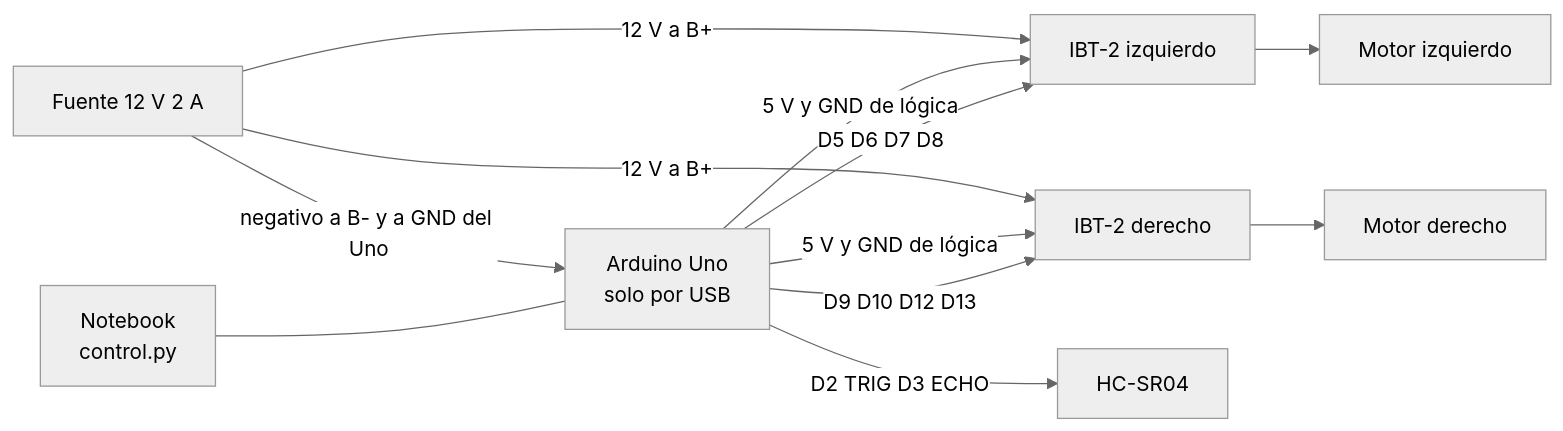
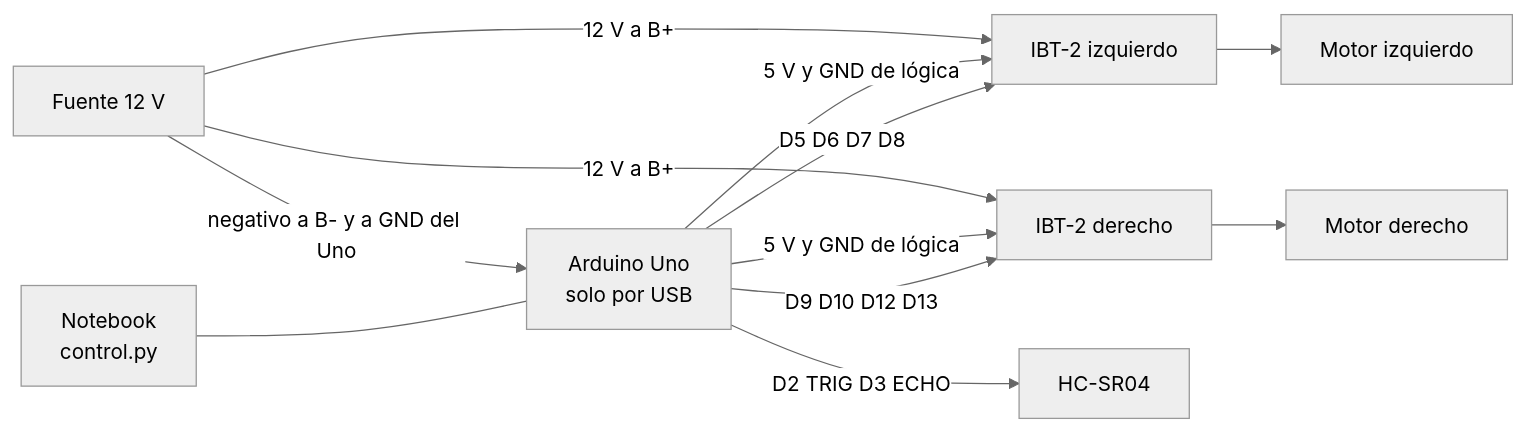
Before and after one commit to mateoHernandez123/plataforma: the diagram in README.md, drawn with Mermaid (neutral theme). The commit also changed other lines of this file and 4 other files, not shown here.

````diff
--- a/README.md
+++ b/README.md
@@ -99,23 +111,23 @@
 ```mermaid
 flowchart LR
   PC["Notebook<br/>control.py"]
   UNO["Arduino Uno<br/>solo por USB"]
   IZQ["IBT-2 izquierdo"]
   DER["IBT-2 derecho"]
   MI["Motor izquierdo"]
   MD["Motor derecho"]
   SR["HC-SR04"]
-  F["Fuente 12 V 2 A"]
+  F["Fuente 12 V"]
 
   PC --- UNO
   UNO -->|"D5 D6 D7 D8"| IZQ
   UNO -->|"D9 D10 D12 D13"| DER
   UNO -->|"D2 TRIG  D3 ECHO"| SR
   UNO -->|"5 V y GND de lógica"| IZQ
   UNO -->|"5 V y GND de lógica"| DER
   F -->|"12 V a B+"| IZQ
   F -->|"12 V a B+"| DER
   F -->|"negativo a B- y a GND del Uno"| UNO
   IZQ --> MI
   DER --> MD
 ```
````
